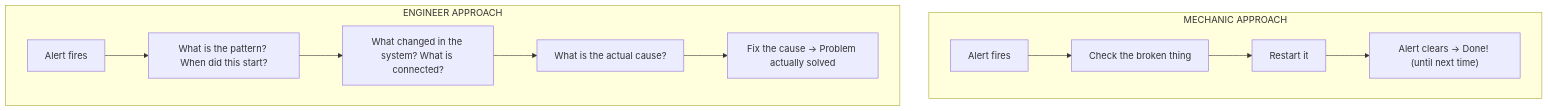
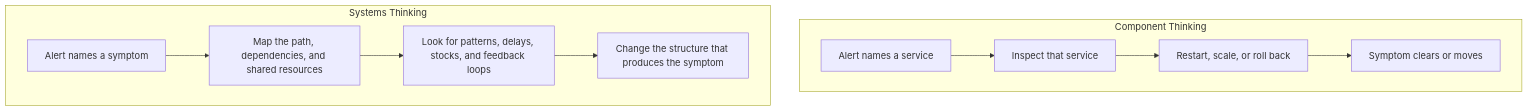
One commit to kube-dojo/kube-dojo changed the first of 7 diagrams in src/content/docs/platform/foundations/systems-thinking/module-1.1-what-is-systems-thinking.md. Above: the diagram before and after it, drawn with Mermaid. The commit also changed other lines of this file and 3 other files, not shown here.

First line of the commit message:
docs(platform): expand+de-fab Foundations Systems Thinking 1.1-1.4 to T0 (#1897) (#1898)

````diff
--- a/src/content/docs/platform/foundations/systems-thinking/module-1.1-what-is-systems-thinking.md
+++ b/src/content/docs/platform/foundations/systems-thinking/module-1.1-what-is-systems-thinking.md
@@ -72,15 +58,14 @@
 ```mermaid
 flowchart TD
-    subgraph Mechanic ["MECHANIC APPROACH"]
-        M1["Alert fires"] --> M2["Check the broken thing"]
-        M2 --> M3["Restart it"]
-        M3 --> M4["Alert clears → Done! (until next time)"]
+    subgraph ComponentThinking ["Component Thinking"]
+        A1["Alert names a service"] --> A2["Inspect that service"]
+        A2 --> A3["Restart, scale, or roll back"]
+        A3 --> A4["Symptom clears or moves"]
     end
 
-    subgraph Engineer ["ENGINEER APPROACH"]
-        E1["Alert fires"] --> E2["What is the pattern? When did this start?"]
-        E2 --> E3["What changed in the system? What is connected?"]
-        E3 --> E4["What is the actual cause?"]
-        E4 --> E5["Fix the cause → Problem actually solved"]
+    subgraph SystemsThinking ["Systems Thinking"]
+        B1["Alert names a symptom"] --> B2["Map the path, dependencies, and shared resources"]
+        B2 --> B3["Look for patterns, delays, stocks, and feedback loops"]
+        B3 --> B4["Change the structure that produces the symptom"]
     end
 ```
````
